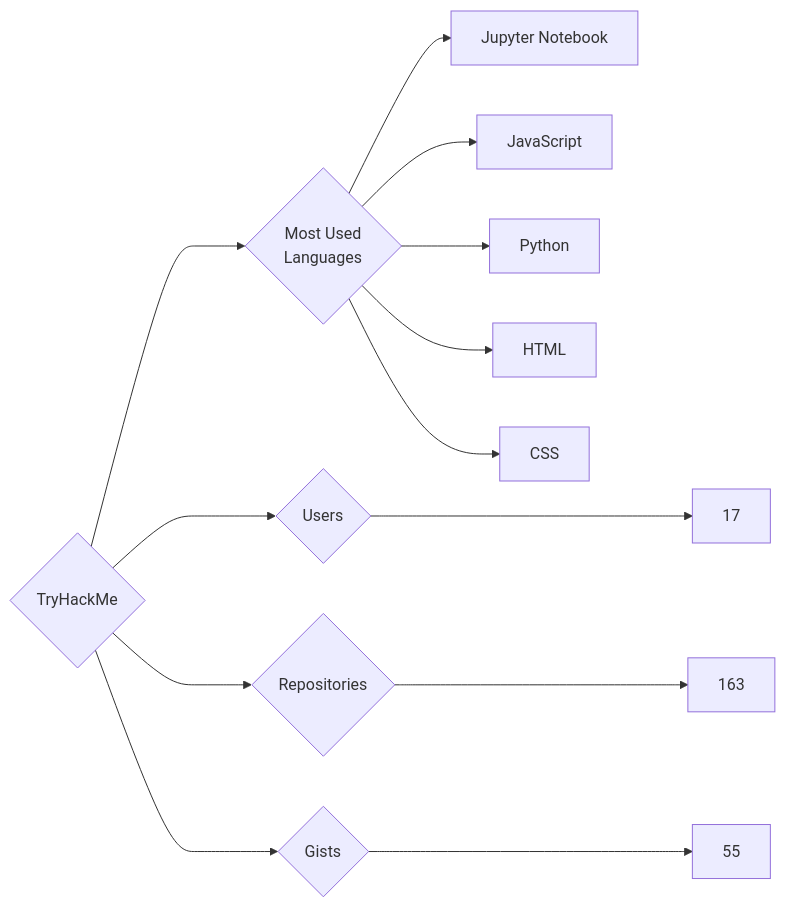
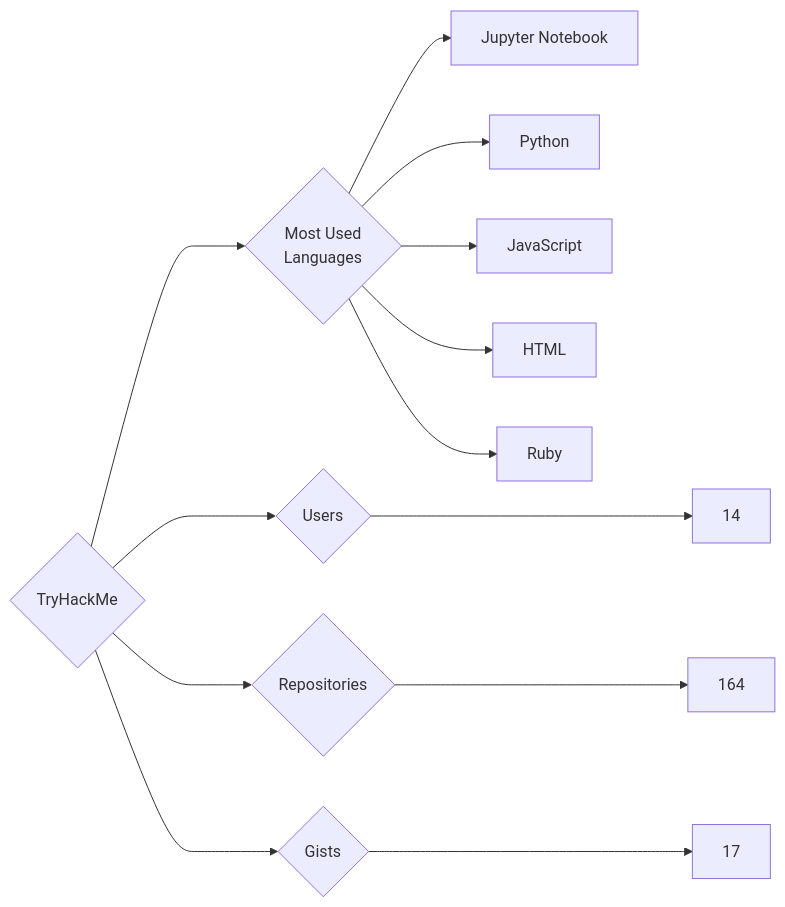
One commit to trickest/insiders changed the diagram in targets/TryHackMe/README.md. Above: the diagram before and after it, drawn with Mermaid. The commit also changed 1011 other files, not shown here.

````diff
--- a/targets/TryHackMe/README.md
+++ b/targets/TryHackMe/README.md
@@ -3,13 +3,13 @@
 ```mermaid
 graph LR
 COMPANY_NAME{TryHackMe}
-COMPANY_NAME ---> U{Users} ---> UN[17]
-COMPANY_NAME ---> R{Repositories} ---> RN[163]
-COMPANY_NAME ---> G{Gists} ---> GN[55]
+COMPANY_NAME ---> U{Users} ---> UN[14]
+COMPANY_NAME ---> R{Repositories} ---> RN[164]
+COMPANY_NAME ---> G{Gists} ---> GN[17]
 COMPANY_NAME ---> ML{Most Used<br>Languages}
 ML --> Jupyter_Notebook[Jupyter Notebook]
+ML --> Python[Python]
 ML --> JavaScript[JavaScript]
-ML --> Python[Python]
 ML --> HTML[HTML]
-ML --> CSS[CSS]
+ML --> Ruby[Ruby]
 ```
````
